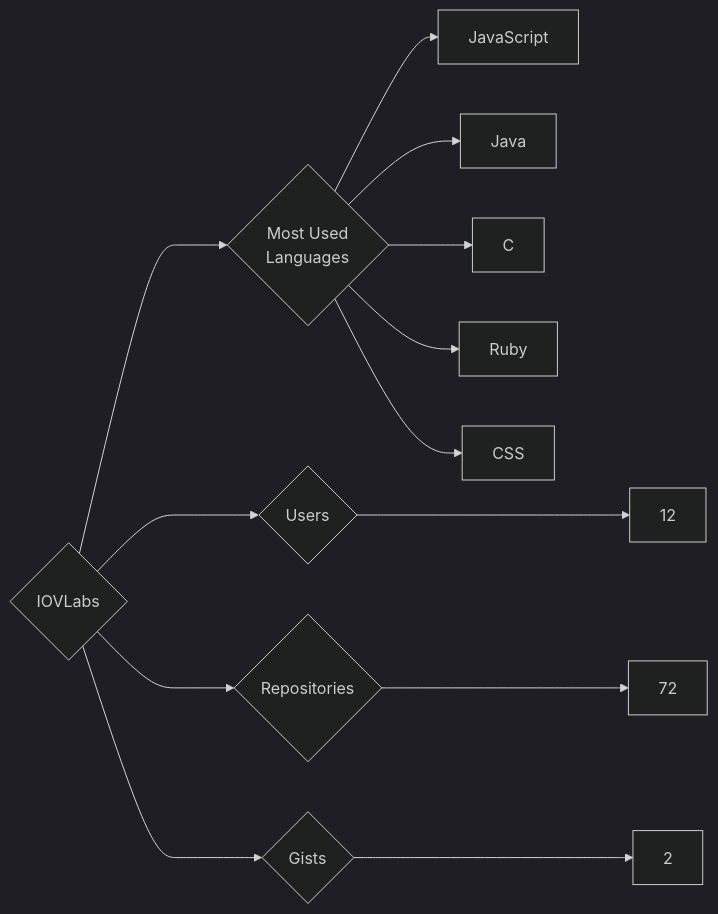
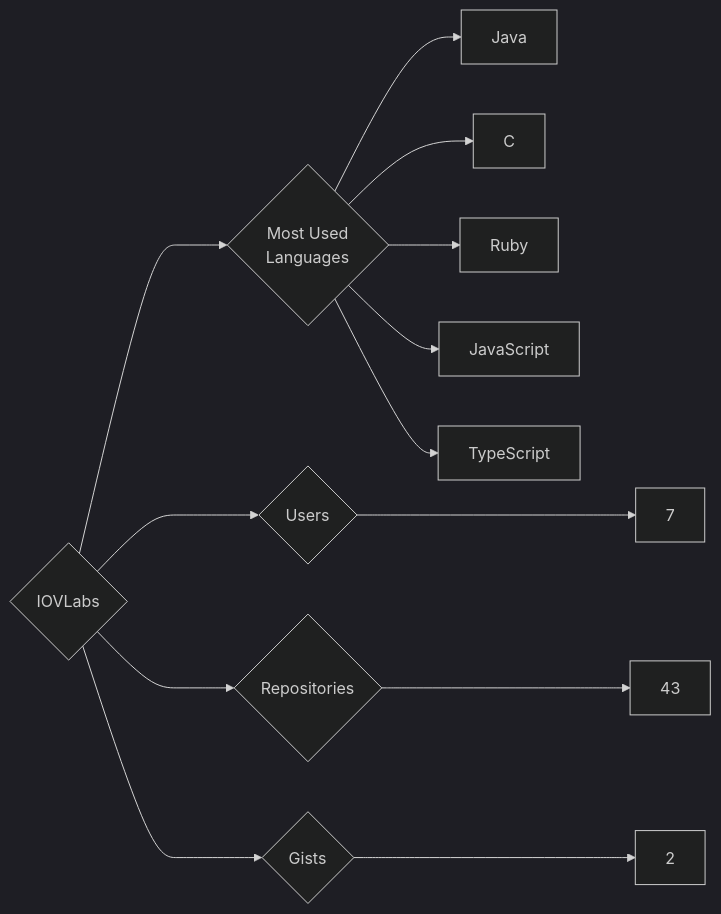
The diagram in targets/IOVLabs/README.md (trickest/insiders), drawn with Mermaid (dark theme) before and after one commit. The commit also changed 1195 other files, not shown here.

````diff
--- a/targets/IOVLabs/README.md
+++ b/targets/IOVLabs/README.md
@@ -3,13 +3,13 @@
 ```mermaid
 graph LR
 COMPANY_NAME{IOVLabs}
-COMPANY_NAME ---> U{Users} ---> UN[12]
-COMPANY_NAME ---> R{Repositories} ---> RN[72]
+COMPANY_NAME ---> U{Users} ---> UN[7]
+COMPANY_NAME ---> R{Repositories} ---> RN[43]
 COMPANY_NAME ---> G{Gists} ---> GN[2]
 COMPANY_NAME ---> ML{Most Used<br>Languages}
-ML --> JavaScript[JavaScript]
 ML --> Java[Java]
 ML --> C[C]
 ML --> Ruby[Ruby]
-ML --> CSS[CSS]
+ML --> JavaScript[JavaScript]
+ML --> TypeScript[TypeScript]
 ```
````
